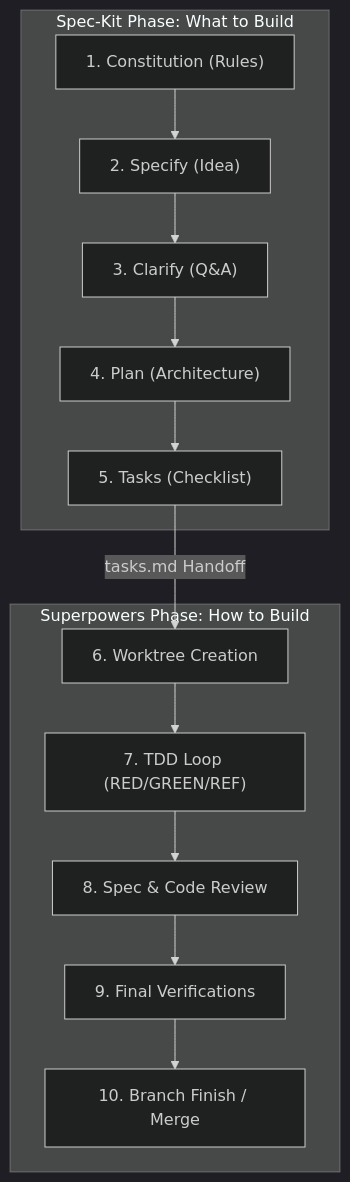
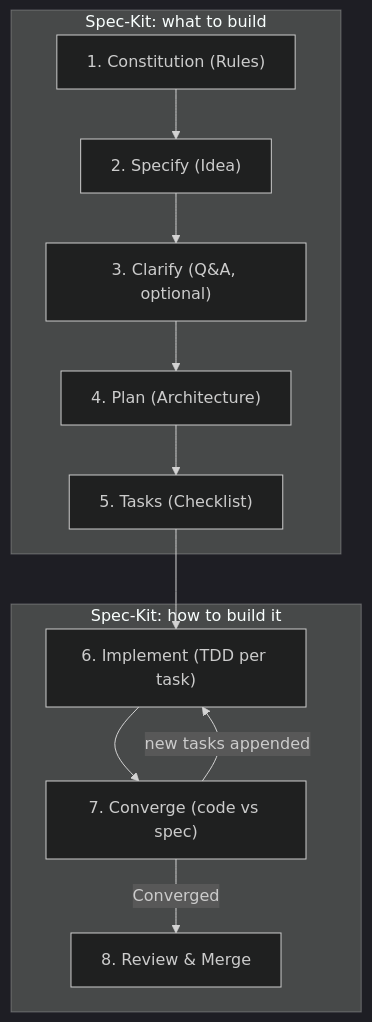
One commit to exponen-agi/ai-engineering-cookbook changed the diagram in README.md. Above: the diagram before and after it, drawn with Mermaid (dark theme). The commit also changed other lines of this file and 16 other files, not shown here.

First line of the commit message:
docs(workflow): Spec-Kit executes; Superpowers becomes an optional TDD layer

````diff
--- a/README.md
+++ b/README.md
@@ -43,18 +46,17 @@
 ```mermaid
 graph TD
-    subgraph Spec-Kit Phase: What to Build
+    subgraph PLAN["Spec-Kit: what to build"]
         A["1. Constitution (Rules)"] --> B["2. Specify (Idea)"]
-        B --> C["3. Clarify (Q&A)"]
+        B --> C["3. Clarify (Q&A, optional)"]
         C --> D["4. Plan (Architecture)"]
         D --> E["5. Tasks (Checklist)"]
     end
 
-    E -->|tasks.md Handoff| F
+    E --> F
 
-    subgraph Superpowers Phase: How to Build
-        F["6. Worktree Creation"] --> G["7. TDD Loop (RED/GREEN/REF)"]
-        G --> H["8. Spec & Code Review"]
-        H --> I["9. Final Verifications"]
-        I --> J["10. Branch Finish / Merge"]
+    subgraph BUILD["Spec-Kit: how to build it"]
+        F["6. Implement (TDD per task)"] --> G["7. Converge (code vs spec)"]
+        G -->|new tasks appended| F
+        G -->|Converged| H["8. Review & Merge"]
     end
 ```
````
